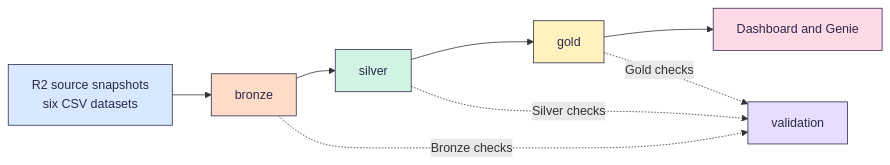
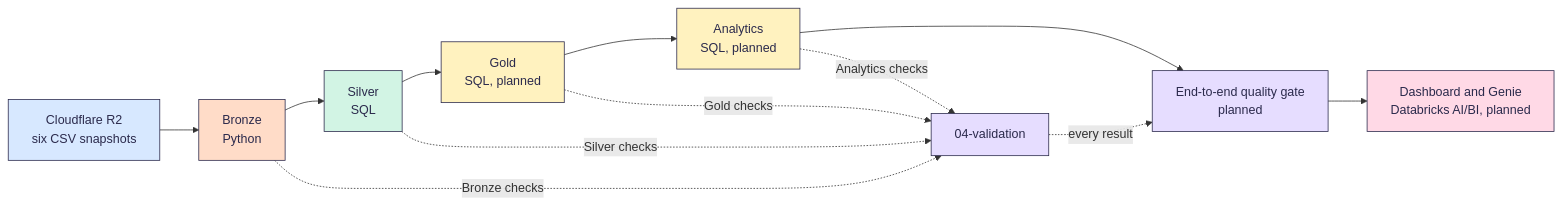
Before and after one commit to Buildabida/infra-project-monitoring: the diagram in README.md, drawn with Mermaid. The commit also changed other lines of this file, not shown here.

````diff
--- a/README.md
+++ b/README.md
@@ -53,16 +53,20 @@
 ```mermaid
 flowchart LR
-    S["R2 source snapshots<br>six CSV datasets"]:::src --> B["bronze"]:::bronze
-    B --> SV["silver"]:::silver
-    SV --> G["gold"]:::gold
-    G --> D["Dashboard and Genie"]:::dash
-    B -. "Bronze checks" .-> V["validation"]:::val
+    S["Cloudflare R2<br>six CSV snapshots"]:::src --> B["Bronze<br>Python"]:::bronze
+    B --> SV["Silver<br>SQL"]:::silver
+    SV --> G["Gold<br>SQL, planned"]:::gold
+    G --> A["Analytics<br>SQL, planned"]:::gold
+    A --> Q["End-to-end quality gate<br>planned"]:::val
+    Q --> D["Dashboard and Genie<br>Databricks AI/BI, planned"]:::dash
+    B -. "Bronze checks" .-> V["04-validation"]:::val
     SV -. "Silver checks" .-> V
     G -. "Gold checks" .-> V
+    A -. "Analytics checks" .-> V
+    V -. "every result" .-> Q
     classDef src fill:#D7E8FF,stroke:#2B2A4C,color:#2B2A4C
     classDef bronze fill:#FFDCC8,stroke:#2B2A4C,color:#2B2A4C
     classDef silver fill:#D2F4E4,stroke:#2B2A4C,color:#2B2A4C
     classDef gold fill:#FFF2BF,stroke:#2B2A4C,color:#2B2A4C
     classDef val fill:#E6DDFF,stroke:#2B2A4C,color:#2B2A4C
     classDef dash fill:#FFD9E6,stroke:#2B2A4C,color:#2B2A4C
 ```
````
